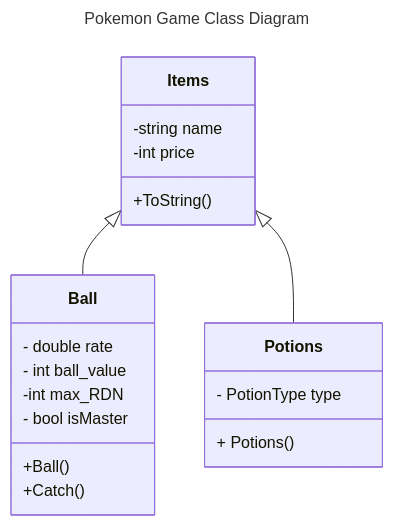
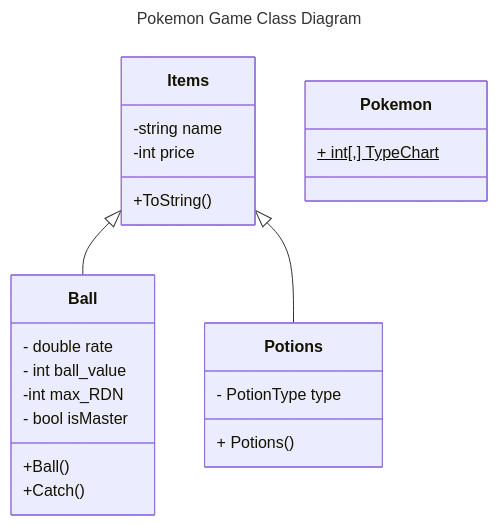
One commit to jinxsu/TextBased-Pokemon changed the diagram in README.md. Above: the diagram before and after it, drawn with Mermaid.

````diff
--- a/README.md
+++ b/README.md
@@ -1,29 +1,33 @@
 ```mermaid
 ---
 title: Pokemon Game Class Diagram
 ---
 classDiagram
 Items<|-- Ball
 Items<|--Potions
 Items: -string name
 Items: -int price
 Items: +ToString()
 class Ball{
         - double rate
         - int ball_value
         -int max_RDN
         - bool isMaster
         +Ball()
         +Catch()
     }
 class Potions{
        - PotionType type
        + Potions()
     }
+class Pokemon{
+        + int[,] TypeChart$
+}
+
 
 
 
 
 
 
 ```
````
